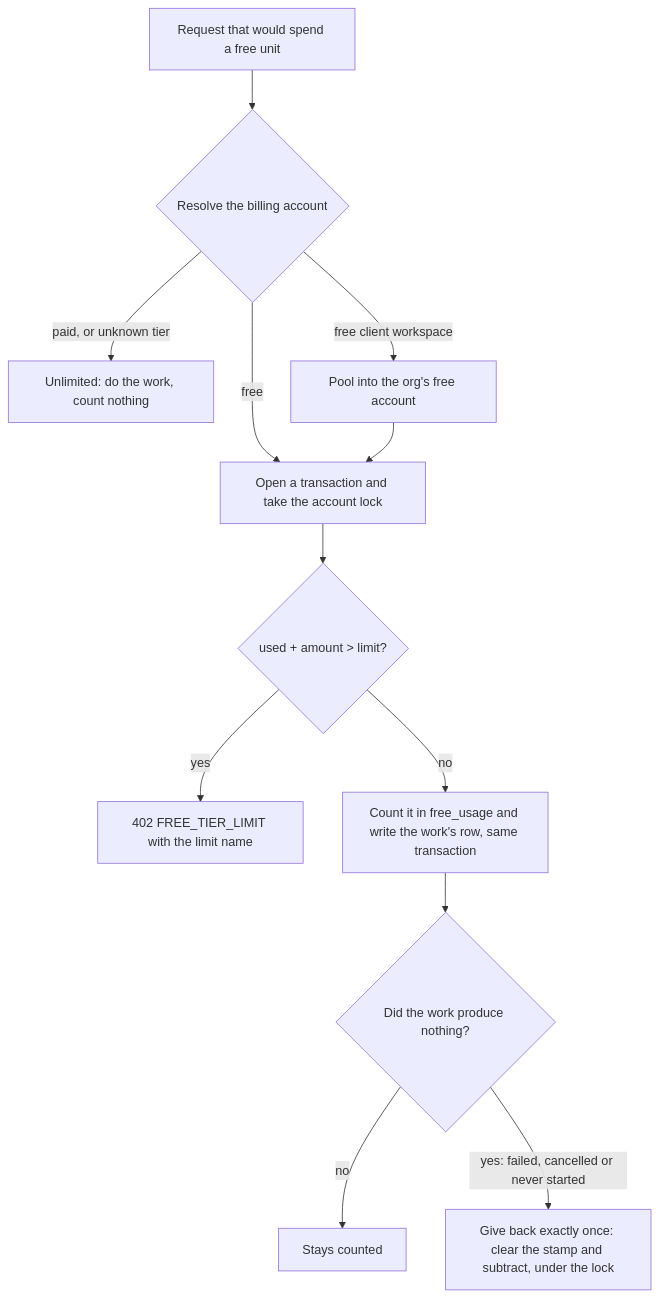
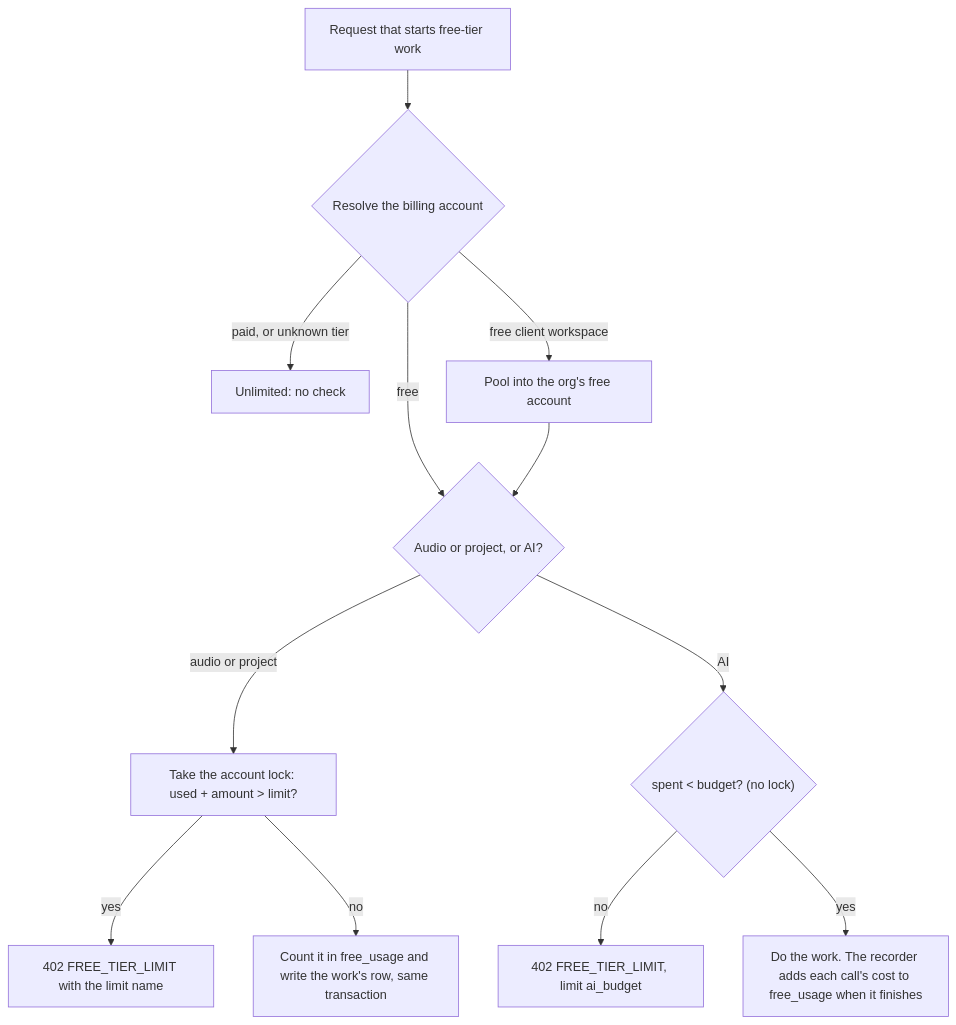
The first of 4 diagrams in docs/users/developer-internal/free-tier.md (Dembrane/echo), drawn with Mermaid before and after one commit. The commit also changed other lines of this file and 443 other files, not shown here.

Commit message:
Feat/free tier ai budget (#1359)

````diff
--- a/docs/users/developer-internal/free-tier.md
+++ b/docs/users/developer-internal/free-tier.md
@@ -15,14 +20,14 @@
 ```mermaid
 flowchart TD
-  R["Request that would spend a free unit"] --> A{"Resolve the billing account"}
-  A -- "paid, or unknown tier" --> U["Unlimited: do the work, count nothing"]
+  R["Request that starts free-tier work"] --> A{"Resolve the billing account"}
+  A -- "paid, or unknown tier" --> U["Unlimited: no check"]
   A -- "free client workspace" --> P["Pool into the org's free account"]
-  A -- "free" --> L["Open a transaction and take the account lock"]
-  P --> L
-  L --> C{"used + amount > limit?"}
-  C -- "yes" --> W["402 FREE_TIER_LIMIT with the limit name"]
-  C -- "no" --> T["Count it in free_usage and write the work's row, same transaction"]
-  T --> G{"Did the work produce nothing?"}
-  G -- "no" --> K["Stays counted"]
-  G -- "yes: failed, cancelled or never started" --> B["Give back exactly once: clear the stamp and subtract, under the lock"]
+  A -- "free" --> K{"Audio or project, or AI?"}
+  P --> K
+  K -- "audio or project" --> L["Take the account lock: used + amount > limit?"]
+  L -- "yes" --> W["402 FREE_TIER_LIMIT with the limit name"]
+  L -- "no" --> T["Count it in free_usage and write the work's row, same transaction"]
+  K -- "AI" --> B{"spent < budget? (no lock)"}
+  B -- "no" --> W2["402 FREE_TIER_LIMIT, limit ai_budget"]
+  B -- "yes" --> M["Do the work. The recorder adds each call's cost to free_usage when it finishes"]
 ```
````
